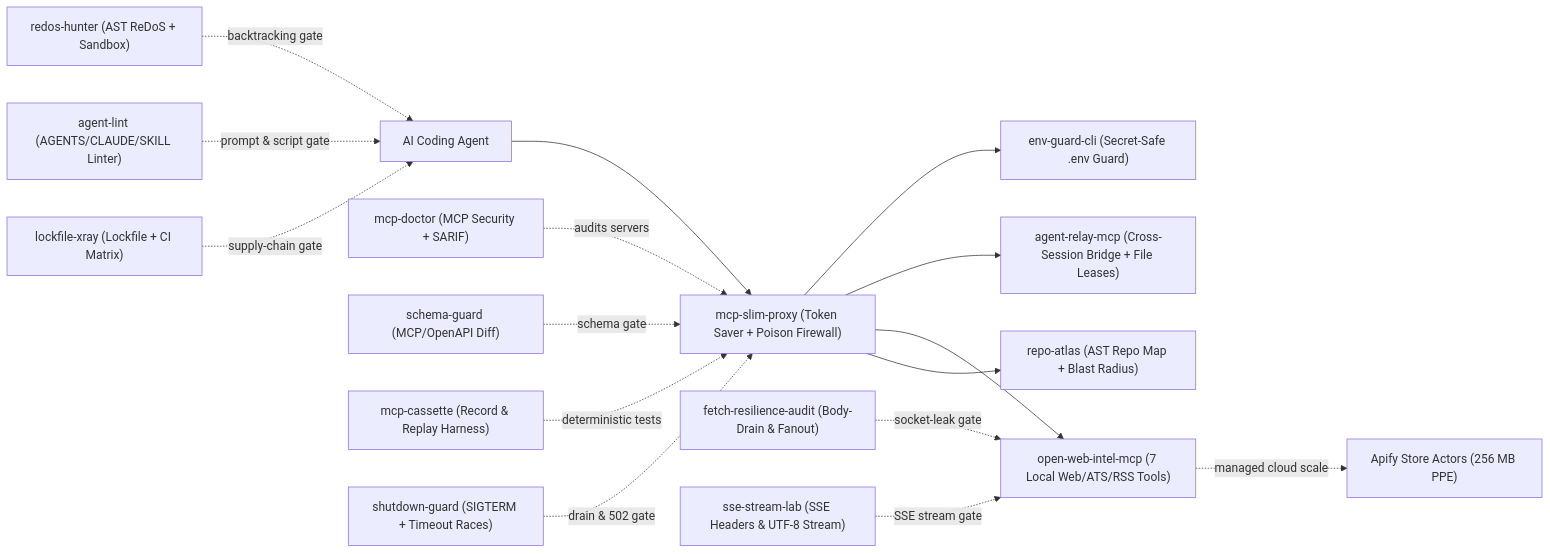
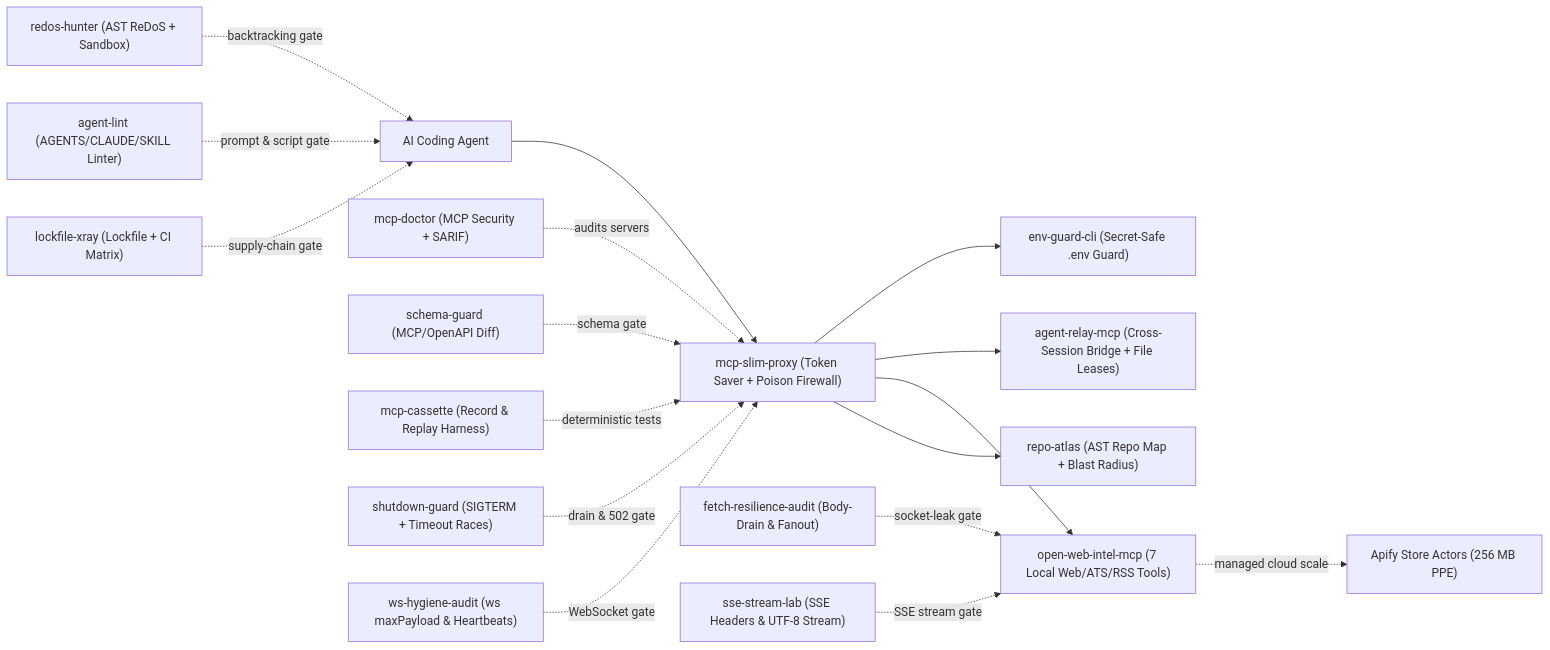
One commit to pie527645-cloud/pie527645-cloud changed the diagram in README.md. Above: the diagram before and after it, drawn with Mermaid. The commit also changed other lines of this file, not shown here.

Commit message:
docs: add ws-hygiene-audit to Wave 7 suite table and pipeline

````diff
--- a/README.md
+++ b/README.md
@@ -5,18 +5,19 @@
 ```mermaid
 flowchart LR
     Agent["AI Coding Agent"] --> Slim["mcp-slim-proxy (Token Saver + Poison Firewall)"]
     Slim --> Atlas["repo-atlas (AST Repo Map + Blast Radius)"]
     Slim --> WebIntel["open-web-intel-mcp (7 Local Web/ATS/RSS Tools)"]
     Slim --> Relay["agent-relay-mcp (Cross-Session Bridge + File Leases)"]
     Slim --> EnvGuard["env-guard-cli (Secret-Safe .env Guard)"]
     Doctor["mcp-doctor (MCP Security + SARIF)"] -. audits servers .-> Slim
     Schema["schema-guard (MCP/OpenAPI Diff)"] -. schema gate .-> Slim
     Cassette["mcp-cassette (Record & Replay Harness)"] -. deterministic tests .-> Slim
     Xray["lockfile-xray (Lockfile + CI Matrix)"] -. supply-chain gate .-> Agent
     AgentLint["agent-lint (AGENTS/CLAUDE/SKILL Linter)"] -. prompt & script gate .-> Agent
     Redos["redos-hunter (AST ReDoS + Sandbox)"] -. backtracking gate .-> Agent
     Shutdown["shutdown-guard (SIGTERM + Timeout Races)"] -. drain & 502 gate .-> Slim
     FetchAudit["fetch-resilience-audit (Body-Drain & Fanout)"] -. socket-leak gate .-> WebIntel
     SseAudit["sse-stream-lab (SSE Headers & UTF-8 Stream)"] -. SSE stream gate .-> WebIntel
+    WsAudit["ws-hygiene-audit (ws maxPayload & Heartbeats)"] -. WebSocket gate .-> Slim
     WebIntel -. managed cloud scale .-> Apify["Apify Store Actors (256 MB PPE)"]
 ```
````
